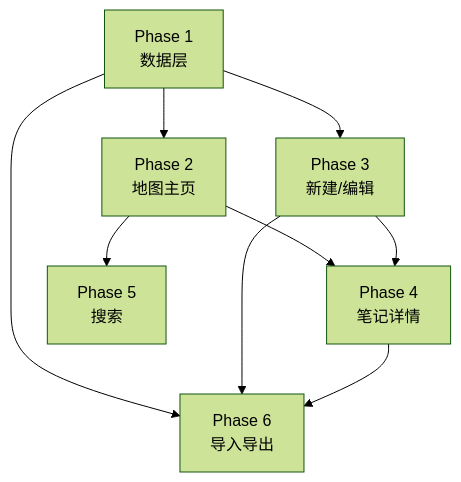
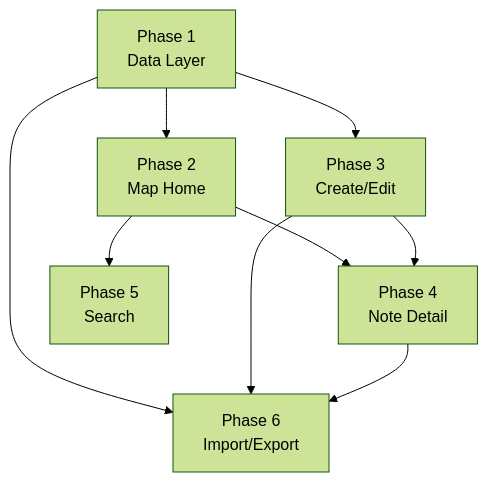
One commit to ohnowho/ohnowho-app changed the second of 2 diagrams in Docs/DevelopmentPlan/README.md. Above: the diagram before and after it, drawn with Mermaid (forest theme). The commit also changed other lines of this file and 23 other files, not shown here.

````diff
--- a/Docs/DevelopmentPlan/README.md
+++ b/Docs/DevelopmentPlan/README.md
@@ -31,11 +31,11 @@
 ```mermaid
 flowchart TD
-    P1[Phase 1<br/>数据层] --> P2[Phase 2<br/>地图主页]
-    P1 --> P3[Phase 3<br/>新建/编辑]
-    P2 --> P4[Phase 4<br/>笔记详情]
+    P1[Phase 1<br/>Data Layer] --> P2[Phase 2<br/>Map Home]
+    P1 --> P3[Phase 3<br/>Create/Edit]
+    P2 --> P4[Phase 4<br/>Note Detail]
     P3 --> P4
-    P2 --> P5[Phase 5<br/>搜索]
-    P1 --> P6[Phase 6<br/>导入导出]
+    P2 --> P5[Phase 5<br/>Search]
+    P1 --> P6[Phase 6<br/>Import/Export]
     P3 --> P6
     P4 --> P6
 ```
````
